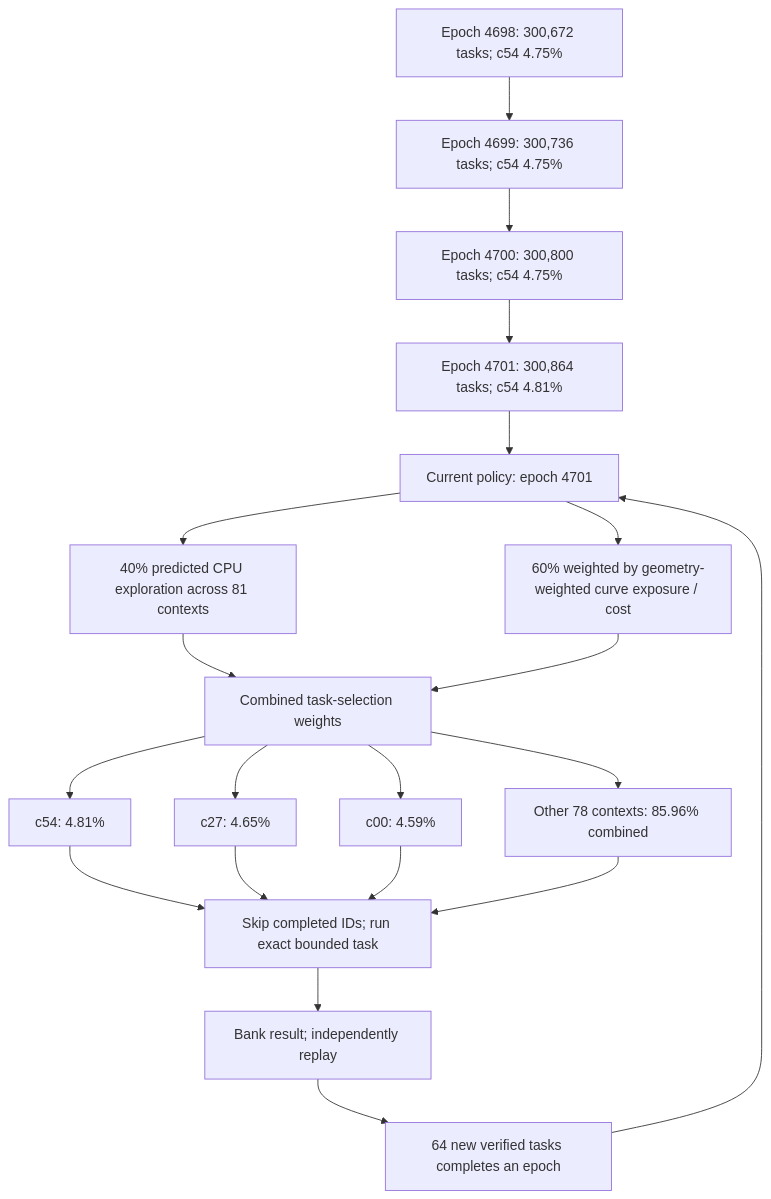
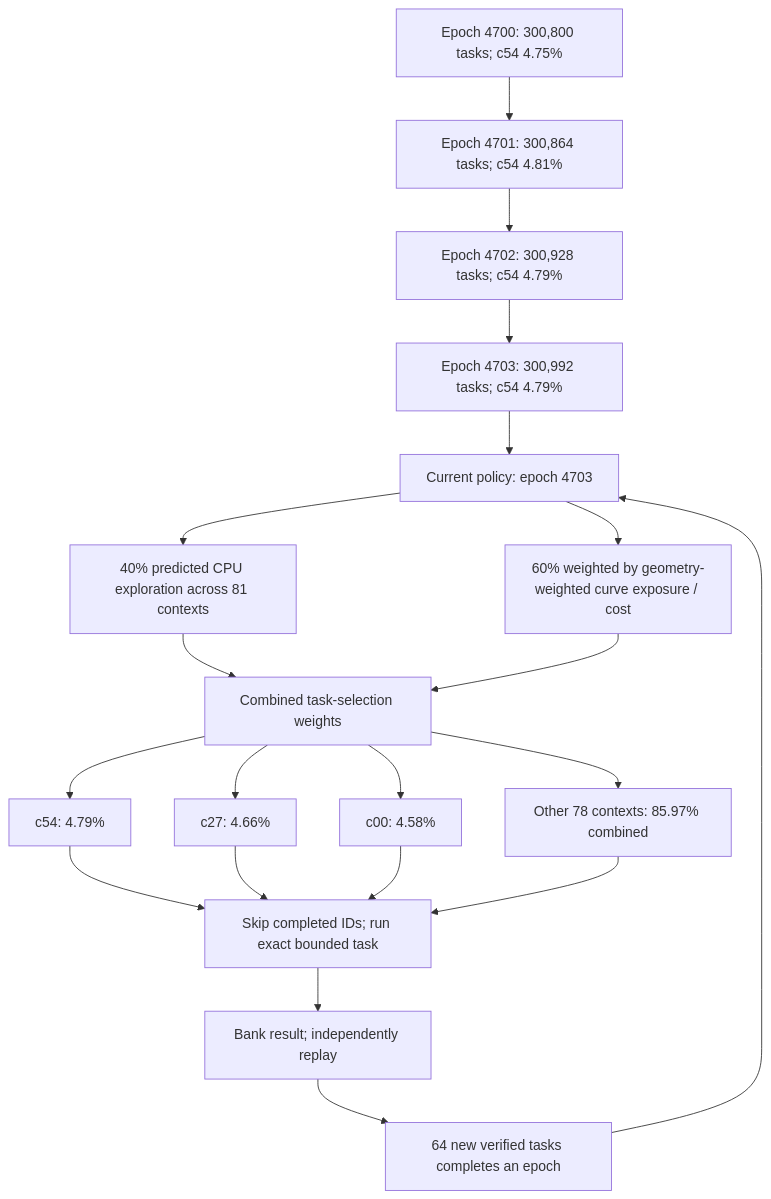
One commit to Kuberwastaken/math-gambling changed the first of 3 diagrams in README.md. Above: the diagram before and after it, drawn with Mermaid. The commit also changed other lines of this file and 2267 other files, not shown here.

````diff
--- a/README.md
+++ b/README.md
@@ -60,27 +60,27 @@
 ```mermaid
 flowchart TD
-    H0["Epoch 4698: 300,672 tasks; c54 4.75%"]
-    H1["Epoch 4699: 300,736 tasks; c54 4.75%"]
+    H0["Epoch 4700: 300,800 tasks; c54 4.75%"]
+    H1["Epoch 4701: 300,864 tasks; c54 4.81%"]
     H0 --> H1
-    H2["Epoch 4700: 300,800 tasks; c54 4.75%"]
+    H2["Epoch 4702: 300,928 tasks; c54 4.79%"]
     H1 --> H2
-    H3["Epoch 4701: 300,864 tasks; c54 4.81%"]
+    H3["Epoch 4703: 300,992 tasks; c54 4.79%"]
     H2 --> H3
-    Policy["Current policy: epoch 4701"]
+    Policy["Current policy: epoch 4703"]
     H3 --> Policy
     Policy --> Explore["40% predicted CPU exploration across 81 contexts"]
     Policy --> Cost["60% weighted by geometry-weighted curve exposure / cost"]
     Explore --> Mix["Combined task-selection weights"]
     Cost --> Mix
-    Mix --> C0["c54: 4.81%"]
-    Mix --> C1["c27: 4.65%"]
-    Mix --> C2["c00: 4.59%"]
-    Mix --> Rest["Other 78 contexts: 85.96% combined"]
+    Mix --> C0["c54: 4.79%"]
+    Mix --> C1["c27: 4.66%"]
+    Mix --> C2["c00: 4.58%"]
+    Mix --> Rest["Other 78 contexts: 85.97% combined"]
     C0 --> Check["Skip completed IDs; run exact bounded task"]
     C1 --> Check
     C2 --> Check
     Rest --> Check
     Check --> Replay["Bank result; independently replay"]
     Replay --> Gate["64 new verified tasks completes an epoch"]
     Gate --> Policy
 ```
````
